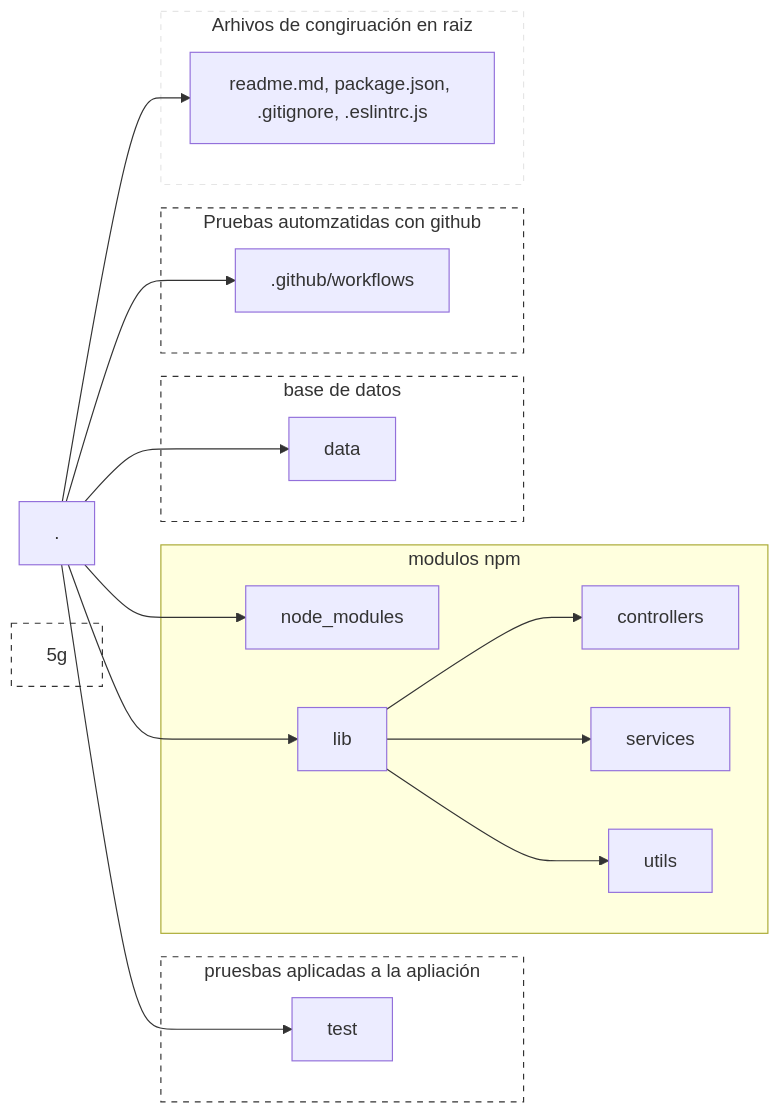
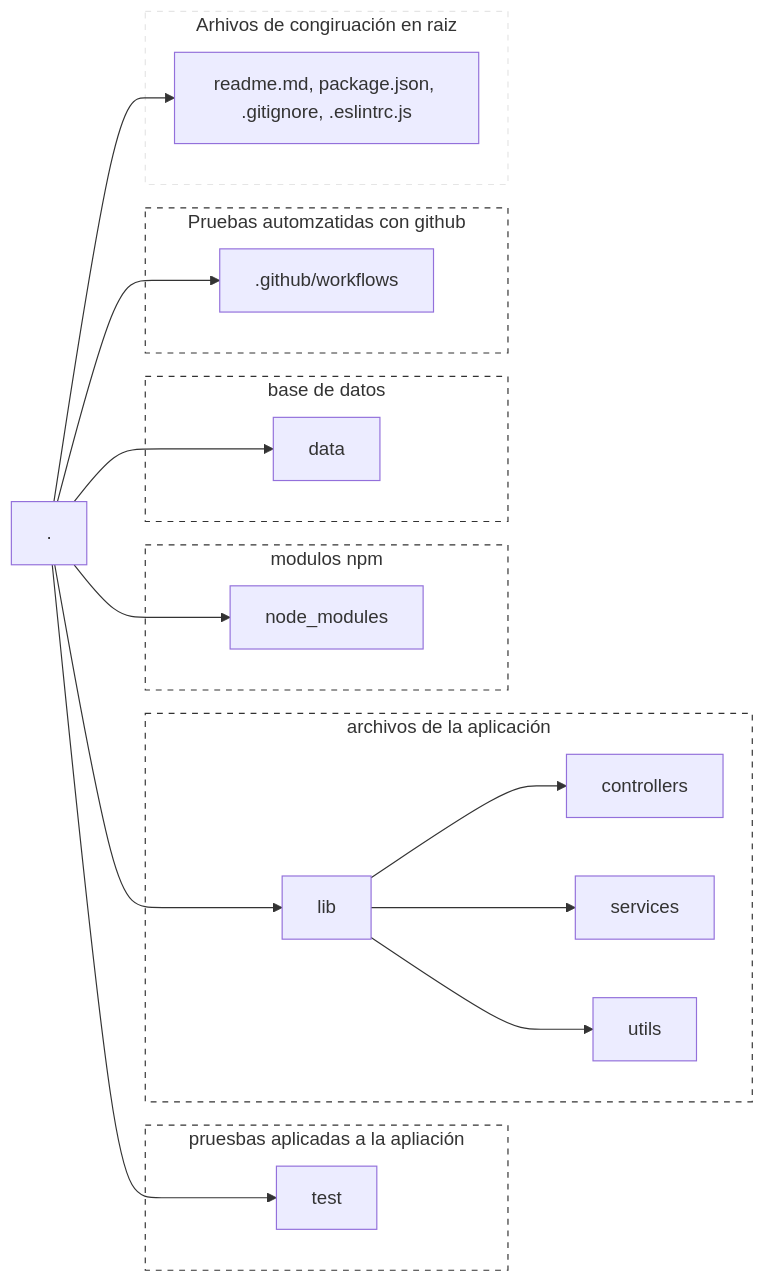
The diagram in readme.md (manuel1488/LaunchX_BackEnd_CodeChallenge-VisualThinking), drawn with Mermaid before and after one commit.

Commit message:
actualizar readme.md con grafio de directorios en mermaid 4

````diff
--- a/readme.md
+++ b/readme.md
@@ -21,37 +21,37 @@
 ```mermaid
 graph LR
     root[.] --> 1[readme.md, package.json, .gitignore, .eslintrc.js]
     root --> 2[.github/workflows]
     root --> 3[data]
     root --> 4[node_modules]
     root --> 5[lib]
     root --> 6[test]
     
     subgraph 1g[Arhivos de congiruación en raiz]
         1   
     end
     subgraph 2g[Pruebas automzatidas con github]
         2
     end
     subgraph 3g[base de datos]
         3
     end
     subgraph 4g[modulos npm]
         4
     end
-    subgraph 4g[archivos de la aplicación]
+    subgraph 5g[archivos de la aplicación]
         5 --> 51[controllers]
         5 --> 52[services]
         5 --> 53[utils]
     end
     subgraph 6g[pruesbas aplicadas a la apliación]
         6
     end
 
 style 1g fill:transparent,stroke:#E5E5E5,stroke-width:1px,stroke-dasharray:5;
 style 2g fill:transparent,stroke:#323232,stroke-width:1px,stroke-dasharray:5;
 style 3g fill:transparent,stroke:#323232,stroke-width:1px,stroke-dasharray:5;
 style 4g fill:transparent,stroke:#323232,stroke-width:1px,stroke-dasharray:5;
 style 5g fill:transparent,stroke:#323232,stroke-width:1px,stroke-dasharray:5;
 style 6g fill:transparent,stroke:#323232,stroke-width:1px,stroke-dasharray:5;
 ```
````
